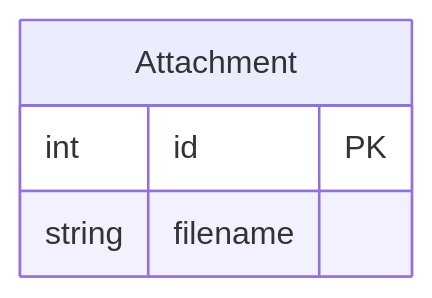
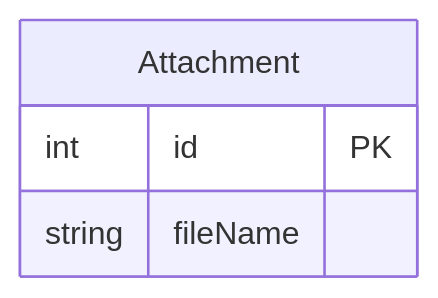
Before and after one commit to luke0408/blog-erd: the first of 4 diagrams in docs/file-management.md, drawn with Mermaid. The commit also changed other lines of this file and 5 other files, not shown here.

Commit message:
docs(erd): reorder student questions by design requirements

````diff
--- a/docs/file-management.md
+++ b/docs/file-management.md
@@ -15,7 +20,7 @@
 ```mermaid
 erDiagram
     Attachment {
         int id PK
-        string filename
+        string fileName
     }
 ```
````
